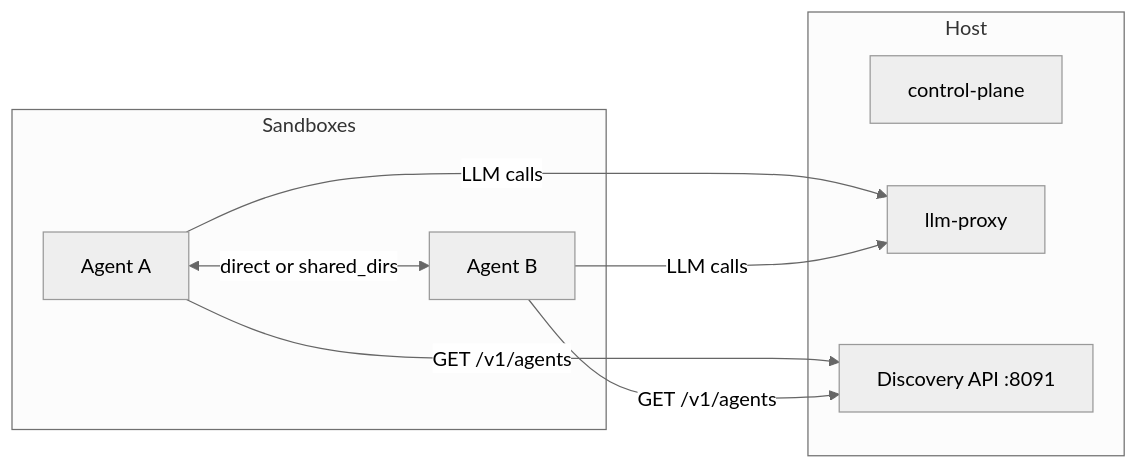
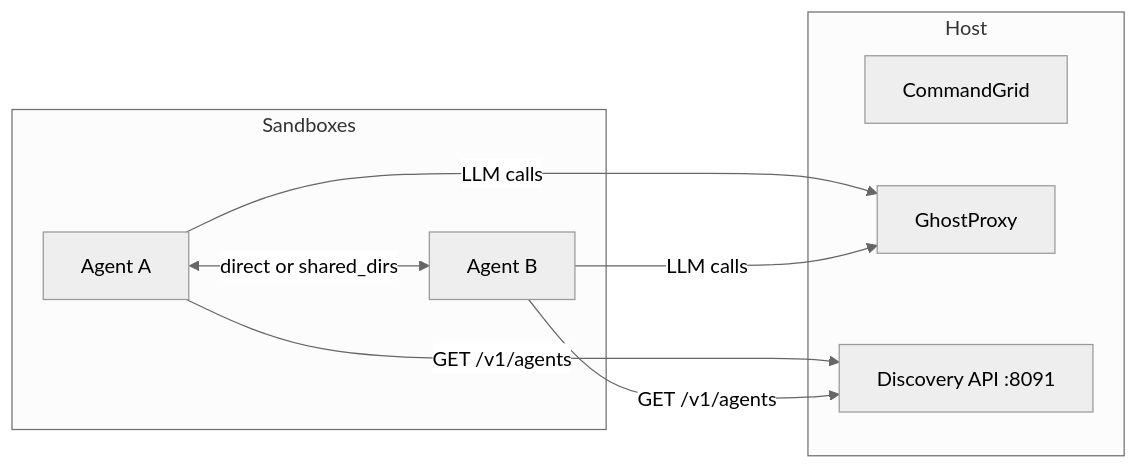
The second of 2 diagrams in docs/PRD-discovery.md (Travbz/control-plane), drawn with Mermaid (neutral theme) before and after one commit. The commit also changed other lines of this file and 6 other files, not shown here.

````diff
--- a/docs/PRD-discovery.md
+++ b/docs/PRD-discovery.md
@@ -45,19 +45,19 @@
 ```mermaid
 flowchart LR
     subgraph host [Host]
-        CP[control-plane]
-        Proxy[llm-proxy]
+        CP[CommandGrid]
+        Proxy[GhostProxy]
         Disc[Discovery API :8091]
     end
 
     subgraph sandboxes [Sandboxes]
         A[Agent A]
         B[Agent B]
     end
 
     A -->|LLM calls| Proxy
     B -->|LLM calls| Proxy
     A -->|GET /v1/agents| Disc
     B -->|GET /v1/agents| Disc
     A <-->|direct or shared_dirs| B
 ```
````
